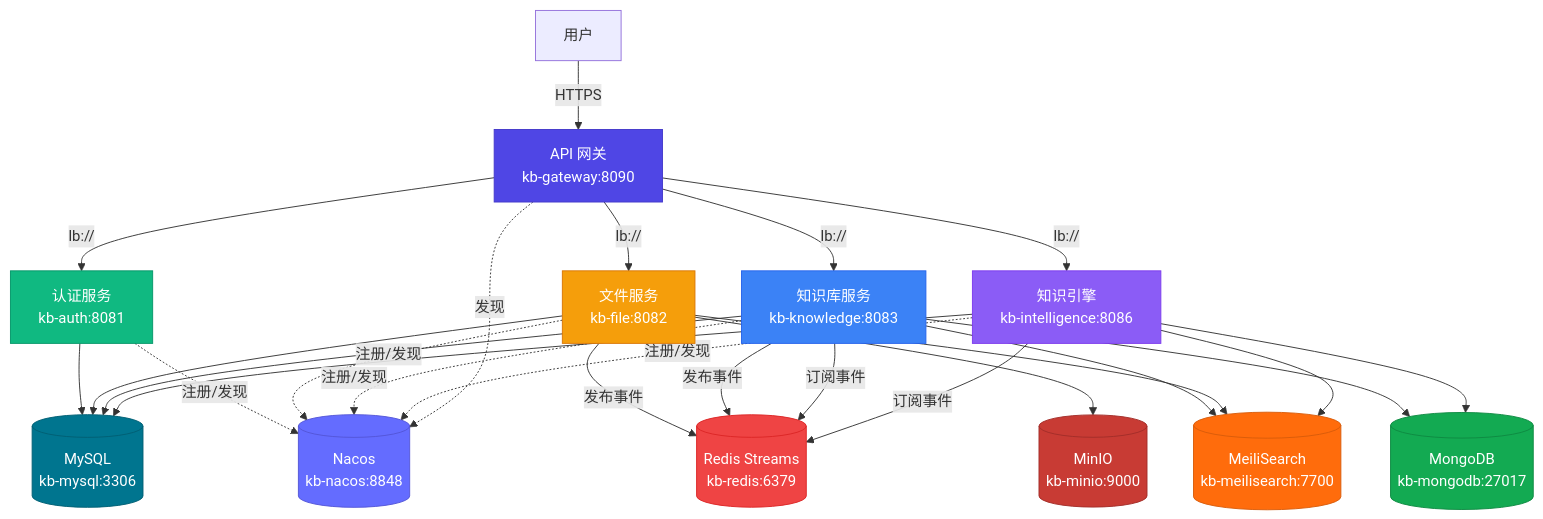
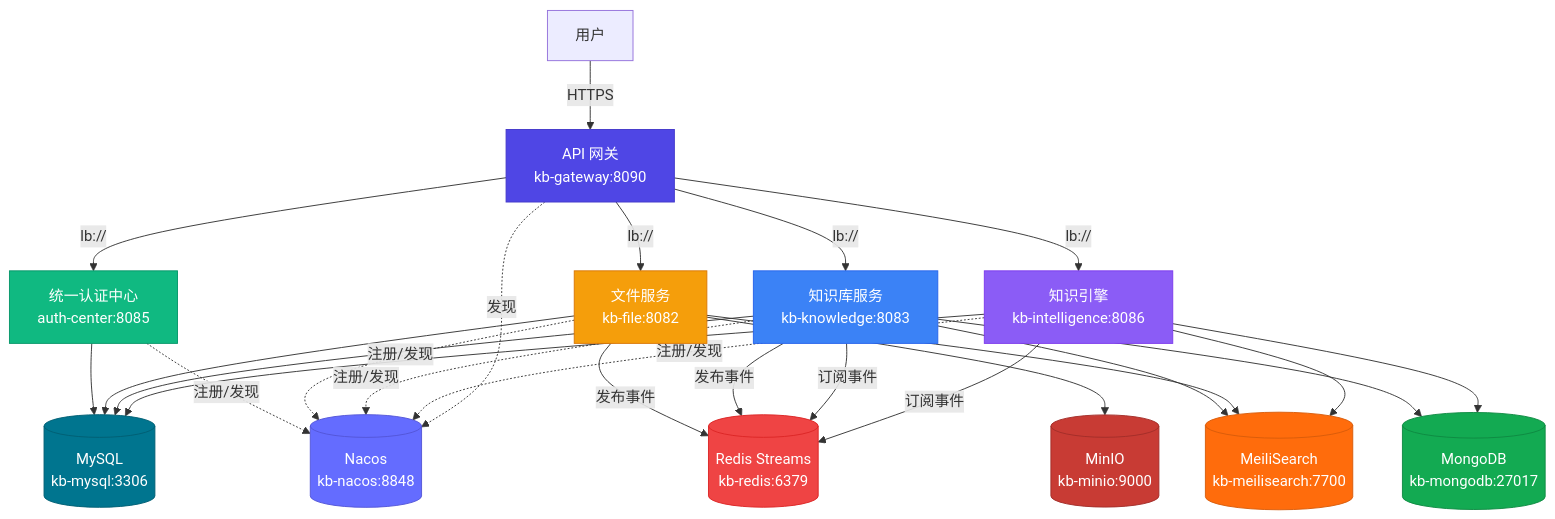
One commit to jonesAriven/devtools changed the diagram in mykng/docs/generated/架构图.mmd. Above: the diagram before and after it, drawn with Mermaid. The commit also changed 179 other files, not shown here.

```diff
--- a/mykng/docs/generated/架构图.mmd
+++ b/mykng/docs/generated/架构图.mmd
@@ -1,52 +1,52 @@
 graph TD
 
     %% ===== 用户端 ===== %%
     User[用户] -->|HTTPS| Gateway[API 网关<br/>kb-gateway:8090]
 
     %% ===== 网关层 ===== %%
-    Gateway -->|lb://| Auth[认证服务<br/>kb-auth:8081]
+    Gateway -->|lb://| Auth[统一认证中心<br/>auth-center:8085]
     Gateway -->|lb://| File[文件服务<br/>kb-file:8082]
     Gateway -->|lb://| Knowledge[知识库服务<br/>kb-knowledge:8083]
     Gateway -->|lb://| Intelligence[知识引擎<br/>kb-intelligence:8086]
 
     %% ===== 服务间事件总线 ===== %%
     File -->|发布事件| Redis[(Redis Streams<br/>kb-redis:6379)]
     Knowledge -->|发布事件| Redis
     Knowledge -->|订阅事件| Redis
     Intelligence -->|订阅事件| Redis
 
     %% ===== 基础设施 ===== %%
     Auth --> MySQL[(MySQL<br/>kb-mysql:3306)]
     File --> MySQL
     Knowledge --> MySQL
     Intelligence --> MySQL
 
     File --> MinIO[(MinIO<br/>kb-minio:9000)]
 
     Knowledge --> Meili[(MeiliSearch<br/>kb-meilisearch:7700)]
     File --> Meili
     Intelligence --> Meili
 
     Knowledge --> MongoDB[(MongoDB<br/>kb-mongodb:27017)]
     Intelligence --> MongoDB
 
     %% ===== 服务发现 ===== %%
     Nacos[(Nacos<br/>kb-nacos:8848)]
     Auth -.注册/发现.-> Nacos
     File -.注册/发现.-> Nacos
     Knowledge -.注册/发现.-> Nacos
     Intelligence -.注册/发现.-> Nacos
     Gateway -.发现.-> Nacos
 
     %% ===== 样式 ===== %%
     style Gateway fill:#4f46e5,color:#fff,stroke:#4338ca
     style Auth fill:#10b981,color:#fff,stroke:#059669
     style File fill:#f59e0b,color:#fff,stroke:#d97706
     style Knowledge fill:#3b82f6,color:#fff,stroke:#2563eb
     style Intelligence fill:#8b5cf6,color:#fff,stroke:#7c3aed
     style Redis fill:#ef4444,color:#fff,stroke:#dc2626
     style MySQL fill:#00758f,color:#fff,stroke:#005f74
     style MinIO fill:#c83b34,color:#fff,stroke:#a32e29
     style Meili fill:#ff6c0c,color:#fff,stroke:#d95c0a
     style MongoDB fill:#13aa52,color:#fff,stroke:#0f8a42
     style Nacos fill:#646cff,color:#fff,stroke:#5355d8
```
